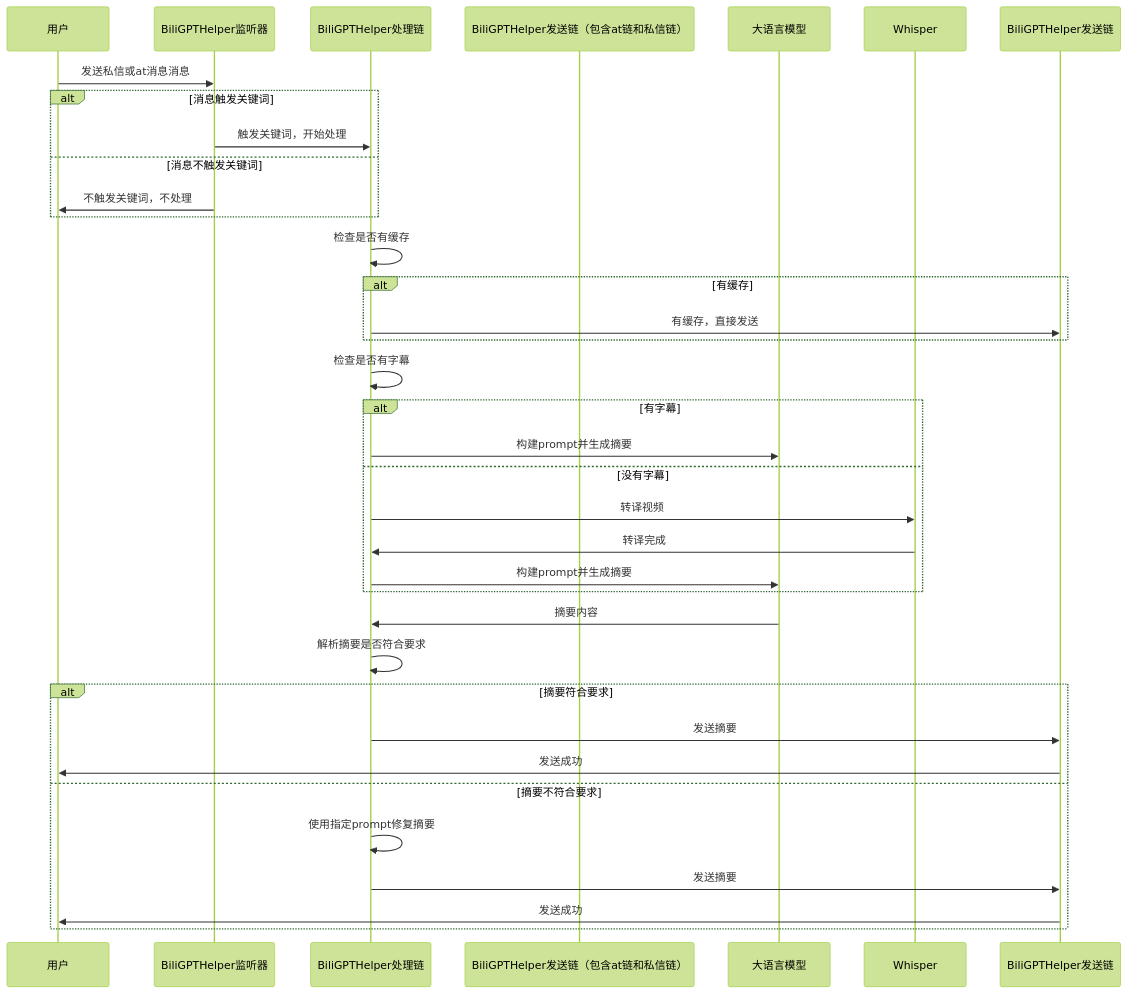
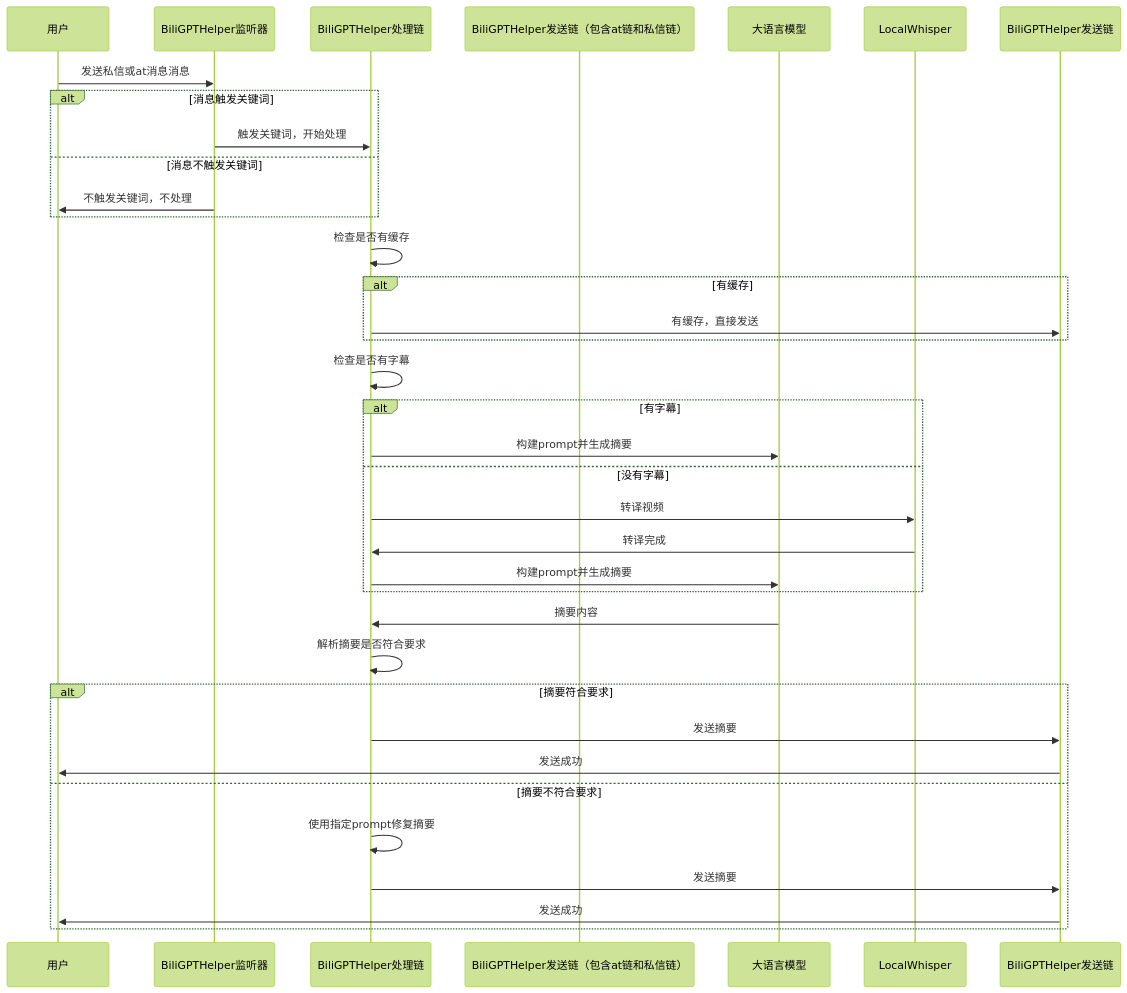
One commit to yanyao2333/BiliGPTHelper changed the diagram in README.md. Above: the diagram before and after it, drawn with Mermaid (forest theme). The commit also changed 9 other files, not shown here.

````diff
--- a/README.md
+++ b/README.md
@@ -119,37 +119,37 @@
 ```mermaid
 sequenceDiagram
     participant 用户
     participant BiliGPTHelper监听器
     participant BiliGPTHelper处理链
     participant BiliGPTHelper发送链（包含at链和私信链）
     participant 大语言模型
-    participant Whisper
+    participant LocalWhisper
     用户 ->> BiliGPTHelper监听器: 发送私信或at消息消息
     alt 消息触发关键词
         BiliGPTHelper监听器 ->> BiliGPTHelper处理链: 触发关键词，开始处理
     else 消息不触发关键词
         BiliGPTHelper监听器 ->> 用户: 不触发关键词，不处理
     end
     BiliGPTHelper处理链 ->> BiliGPTHelper处理链: 检查是否有缓存
     alt 有缓存
         BiliGPTHelper处理链 ->> BiliGPTHelper发送链: 有缓存，直接发送
     end
     BiliGPTHelper处理链 ->> BiliGPTHelper处理链: 检查是否有字幕
     alt 有字幕
         BiliGPTHelper处理链 ->> 大语言模型: 构建prompt并生成摘要
     else 没有字幕
-        BiliGPTHelper处理链 ->> Whisper: 转译视频
-        Whisper ->> BiliGPTHelper处理链: 转译完成
+        BiliGPTHelper处理链 ->> LocalWhisper: 转译视频
+        LocalWhisper ->> BiliGPTHelper处理链: 转译完成
         BiliGPTHelper处理链 ->> 大语言模型: 构建prompt并生成摘要
     end
     大语言模型 ->> BiliGPTHelper处理链: 摘要内容
     BiliGPTHelper处理链 ->> BiliGPTHelper处理链: 解析摘要是否符合要求
     alt 摘要符合要求
         BiliGPTHelper处理链 ->> BiliGPTHelper发送链: 发送摘要
         BiliGPTHelper发送链 ->> 用户: 发送成功
     else 摘要不符合要求
         BiliGPTHelper处理链 ->> BiliGPTHelper处理链: 使用指定prompt修复摘要
         BiliGPTHelper处理链 ->> BiliGPTHelper发送链: 发送摘要
         BiliGPTHelper发送链 ->> 用户: 发送成功
     end
 ```
````
